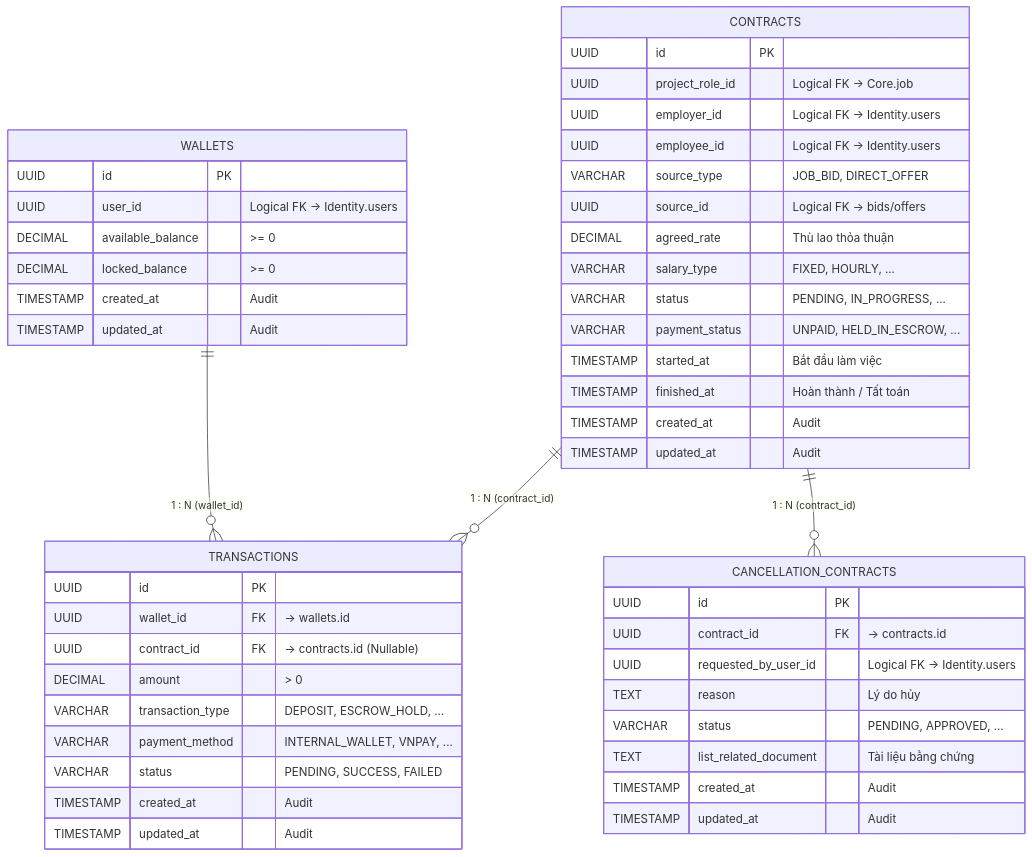
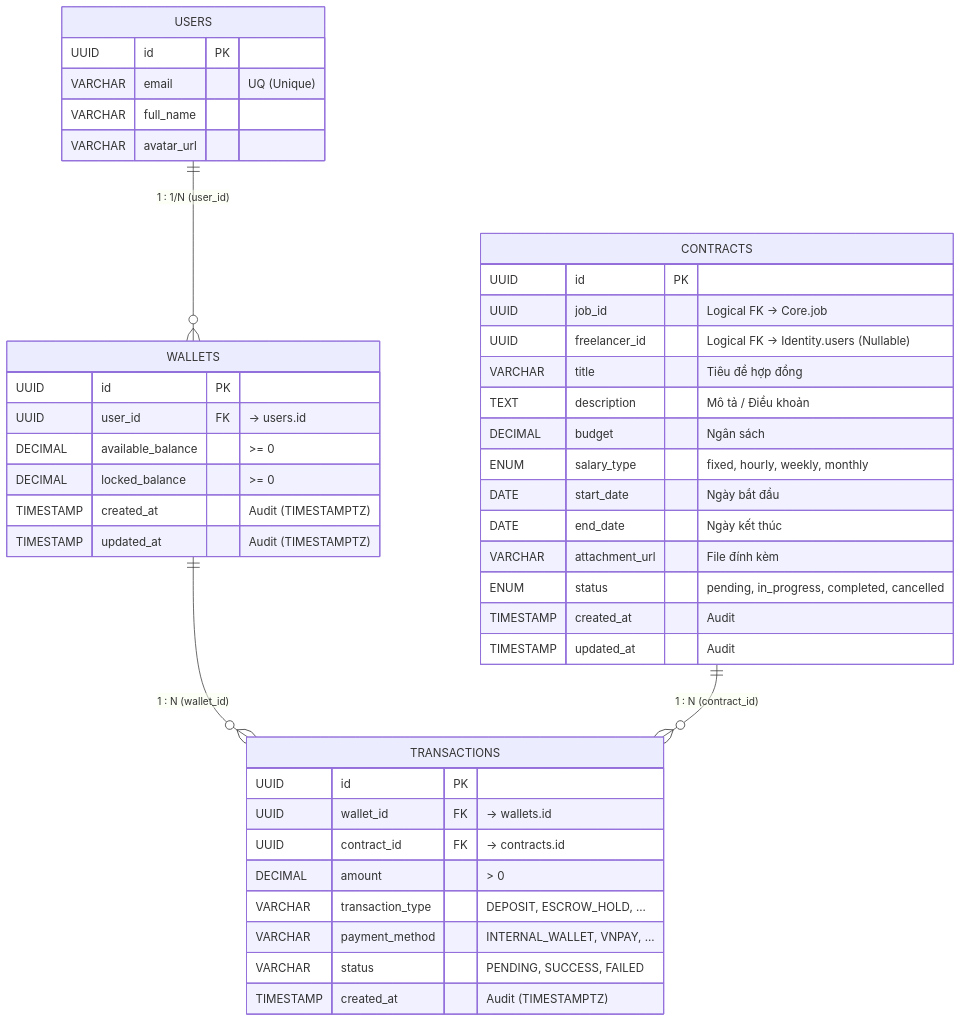
One commit to Occupify/occupify-payment changed the diagram in docs/ERD.md. Above: the diagram before and after it, drawn with Mermaid. The commit also changed other lines of this file and 1 other file, not shown here.

First line of the commit message:
docs(erd): update ecosystem and payment service ERD specifications

````diff
--- a/docs/ERD.md
+++ b/docs/ERD.md
@@ -23,55 +23,49 @@
 ```mermaid
 erDiagram
+    USERS ||--o{ WALLETS : "1 : 1/N (user_id)"
     WALLETS ||--o{ TRANSACTIONS : "1 : N (wallet_id)"
     CONTRACTS ||--o{ TRANSACTIONS : "1 : N (contract_id)"
-    CONTRACTS ||--o{ CANCELLATION_CONTRACTS : "1 : N (contract_id)"
+
+    USERS {
+        UUID id PK
+        VARCHAR email "UQ (Unique)"
+        VARCHAR full_name
+        VARCHAR avatar_url
+    }
 
     WALLETS {
         UUID id PK
-        UUID user_id "Logical FK -> Identity.users"
+        UUID user_id FK "-> users.id"
         DECIMAL available_balance ">= 0"
         DECIMAL locked_balance ">= 0"
-        TIMESTAMP created_at "Audit"
-        TIMESTAMP updated_at "Audit"
+        TIMESTAMP created_at "Audit (TIMESTAMPTZ)"
+        TIMESTAMP updated_at "Audit (TIMESTAMPTZ)"
     }
 
     TRANSACTIONS {
         UUID id PK
         UUID wallet_id FK "-> wallets.id"
-        UUID contract_id FK "-> contracts.id (Nullable)"
+        UUID contract_id FK "-> contracts.id"
         DECIMAL amount "> 0"
         VARCHAR transaction_type "DEPOSIT, ESCROW_HOLD, ..."
         VARCHAR payment_method "INTERNAL_WALLET, VNPAY, ..."
         VARCHAR status "PENDING, SUCCESS, FAILED"
-        TIMESTAMP created_at "Audit"
-        TIMESTAMP updated_at "Audit"
+        TIMESTAMP created_at "Audit (TIMESTAMPTZ)"
     }
 
     CONTRACTS {
         UUID id PK
-        UUID project_role_id "Logical FK -> Core.job"
-        UUID employer_id "Logical FK -> Identity.users"
-        UUID employee_id "Logical FK -> Identity.users"
-        VARCHAR source_type "JOB_BID, DIRECT_OFFER"
-        UUID source_id "Logical FK -> bids/offers"
-        DECIMAL agreed_rate "Thù lao thỏa thuận"
-        VARCHAR salary_type "FIXED, HOURLY, ..."
-        VARCHAR status "PENDING, IN_PROGRESS, ..."
-        VARCHAR payment_status "UNPAID, HELD_IN_ESCROW, ..."
-        TIMESTAMP started_at "Bắt đầu làm việc"
-        TIMESTAMP finished_at "Hoàn thành / Tất toán"
-        TIMESTAMP created_at "Audit"
-        TIMESTAMP updated_at "Audit"
-    }
-
-    CANCELLATION_CONTRACTS {
-        UUID id PK
-        UUID contract_id FK "-> contracts.id"
-        UUID requested_by_user_id "Logical FK -> Identity.users"
-        TEXT reason "Lý do hủy"
-        VARCHAR status "PENDING, APPROVED, ..."
-        TEXT list_related_document "Tài liệu bằng chứng"
+        UUID job_id "Logical FK -> Core.job"
+        UUID freelancer_id "Logical FK -> Identity.users (Nullable)"
+        VARCHAR title "Tiêu đề hợp đồng"
+        TEXT description "Mô tả / Điều khoản"
+        DECIMAL budget "Ngân sách"
+        ENUM salary_type "fixed, hourly, weekly, monthly"
+        DATE start_date "Ngày bắt đầu"
+        DATE end_date "Ngày kết thúc"
+        VARCHAR attachment_url "File đính kèm"
+        ENUM status "pending, in_progress, completed, cancelled"
         TIMESTAMP created_at "Audit"
         TIMESTAMP updated_at "Audit"
     }
 ```
````
